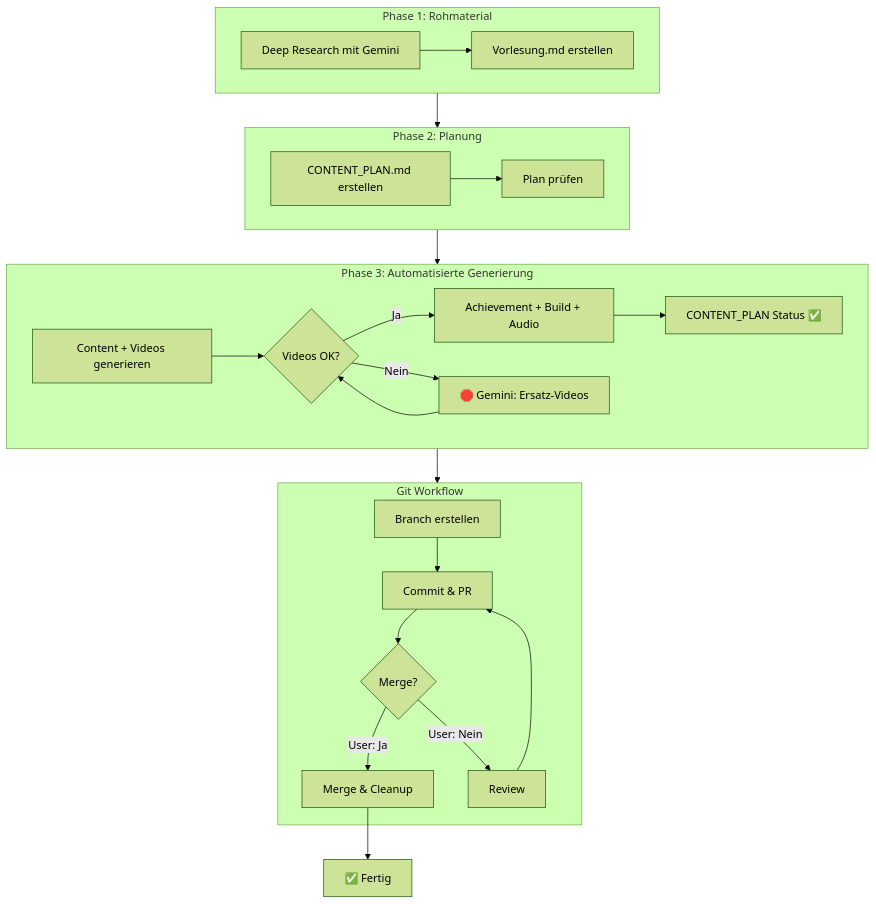
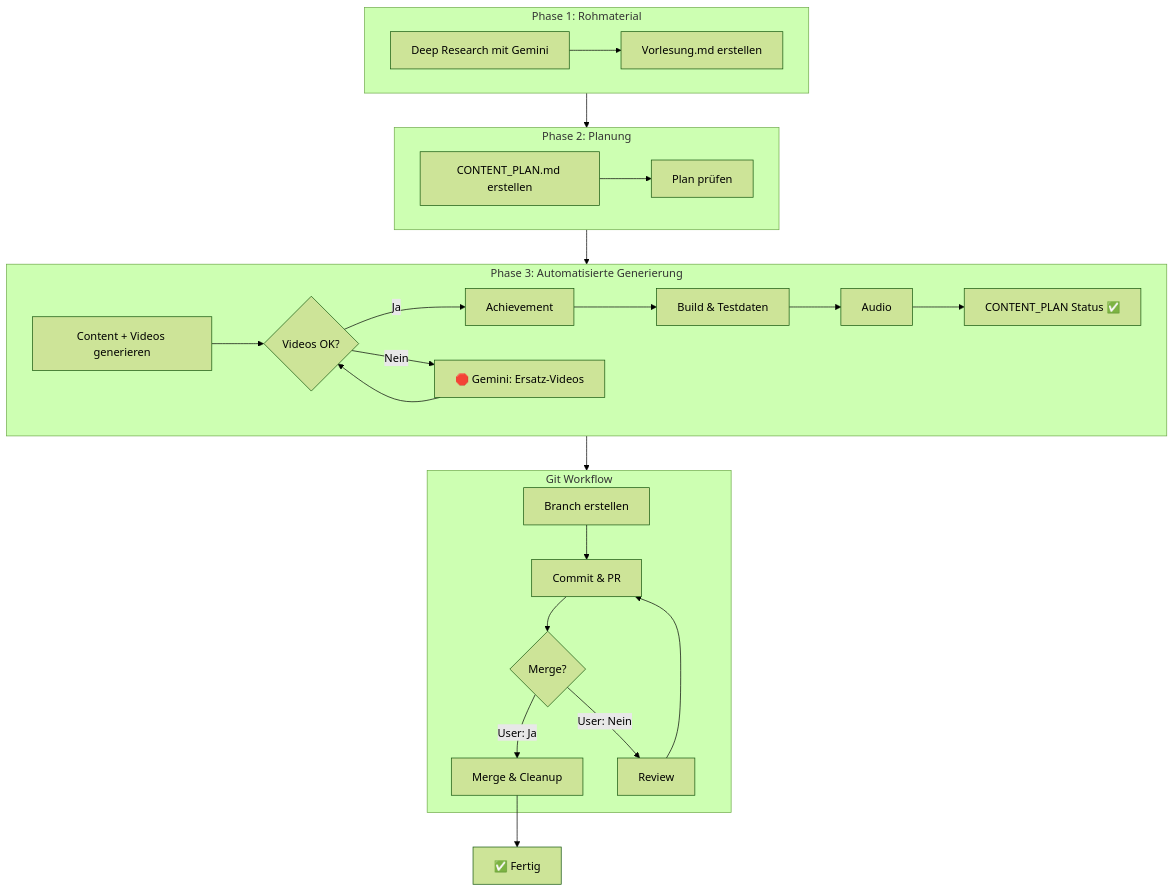
The diagram in docs/AI-Content-Creation-Setup.md (rrust/ew-bachelor), drawn with Mermaid (forest theme) before and after one commit. The commit also changed 1 other file, not shown here.

Commit message:
docs: make testdata step visible in mermaid diagrams

````diff
--- a/docs/AI-Content-Creation-Setup.md
+++ b/docs/AI-Content-Creation-Setup.md
@@ -52,34 +52,36 @@
 ```mermaid
 flowchart TD
     subgraph Phase1["Phase 1: Rohmaterial"]
         A1[Deep Research mit Gemini] --> A2[Vorlesung.md erstellen]
     end
     
     subgraph Phase2["Phase 2: Planung"]
         B1[CONTENT_PLAN.md erstellen]
         B1 --> B2[Plan prüfen]
     end
     
     subgraph Phase3["Phase 3: Automatisierte Generierung"]
         C1[Content + Videos generieren]
         C1 --> C2{Videos OK?}
-        C2 -->|Ja| C3[Achievement + Build + Audio]
+        C2 -->|Ja| C3[Achievement]
         C2 -->|Nein| C4[🛑 Gemini: Ersatz-Videos]
         C4 --> C2
-        C3 --> C5[CONTENT_PLAN Status ✅]
+        C3 --> C3b[Build & Testdaten]
+        C3b --> C3c[Audio]
+        C3c --> C5[CONTENT_PLAN Status ✅]
     end
     
     subgraph Git["Git Workflow"]
         G1[Branch erstellen]
         G1 --> G2[Commit & PR]
         G2 --> G3{Merge?}
         G3 -->|User: Ja| G4[Merge & Cleanup]
         G3 -->|User: Nein| G5[Review]
         G5 --> G2
     end
     
     Phase1 --> Phase2
     Phase2 --> Phase3
     Phase3 --> Git
     G4 --> Z[✅ Fertig]
 ```
````
